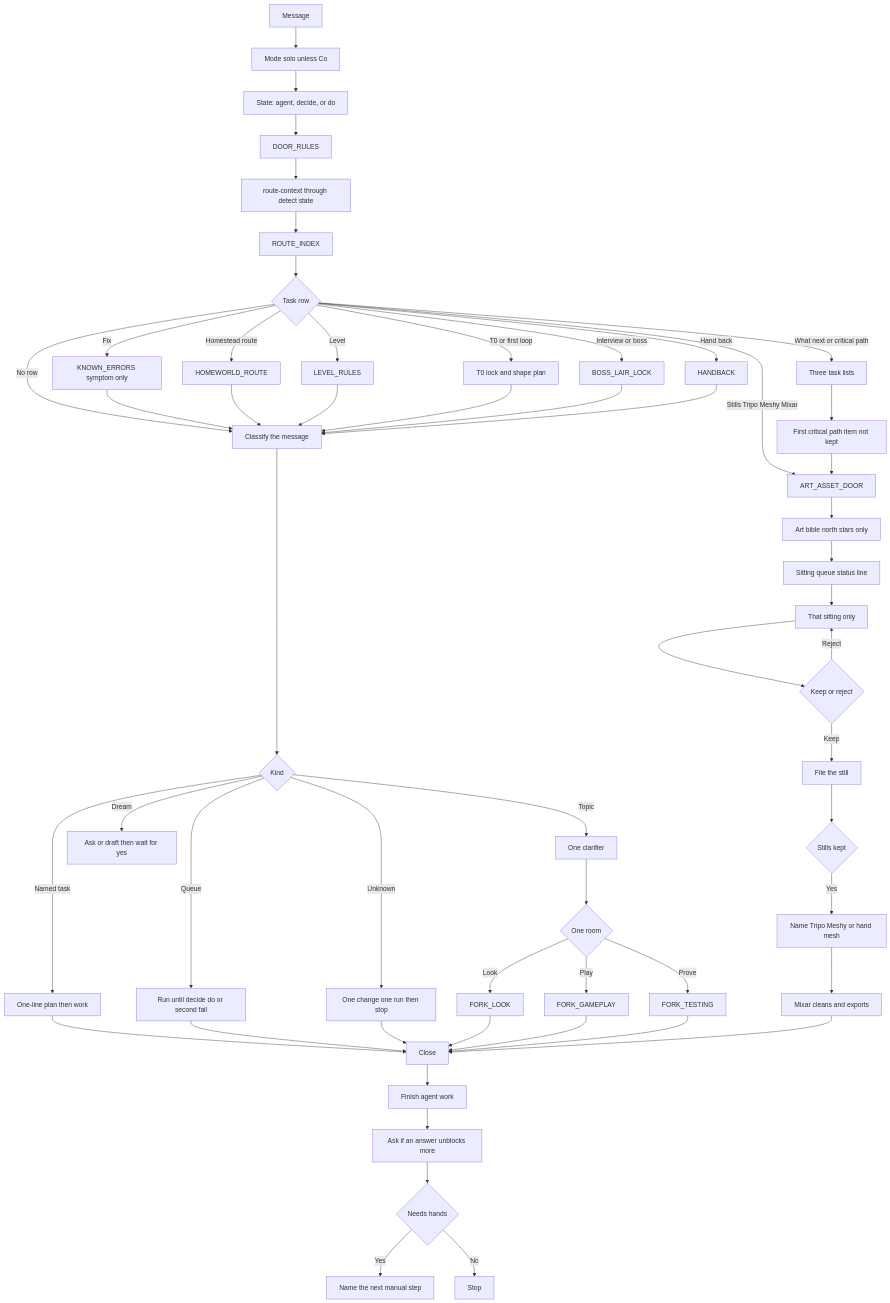
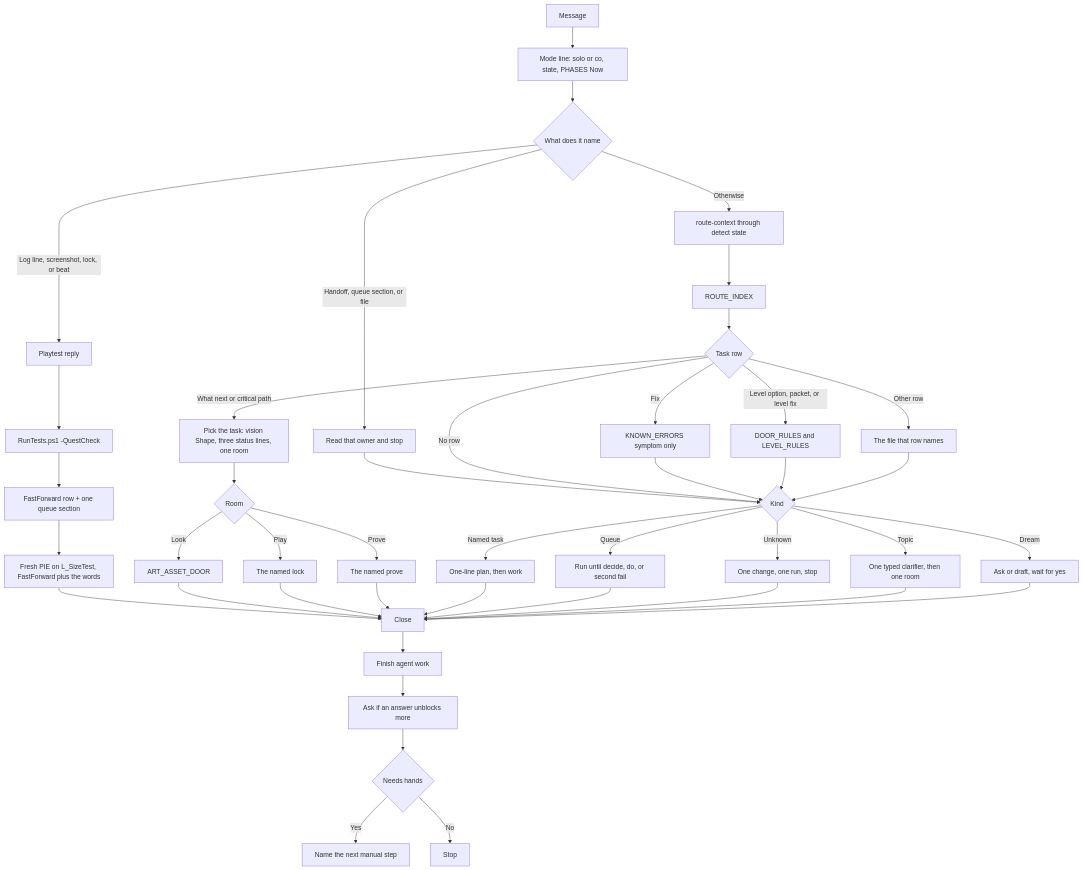
The diagram in Docs/context/SESSION_START_FLOW.md (XylarDark/HomeWorld), drawn with Mermaid before and after one commit. The commit also changed other lines of this file and 10 other files, not shown here.

First line of the commit message:
docs: SESSION_START door fixes + AGENTS Locks block (#322)

````diff
--- a/Docs/context/SESSION_START_FLOW.md
+++ b/Docs/context/SESSION_START_FLOW.md
@@ -5,65 +5,53 @@
 ```mermaid
 flowchart TD
-  startNode[Message] --> modeNode[Mode solo unless Co]
-  modeNode --> stateNode["State: agent, decide, or do"]
-  stateNode --> doorRules[DOOR_RULES]
-  doorRules --> routeContext[route-context through detect state]
+  msg[Message] --> mode["Mode line: solo or co, state, PHASES Now"]
+  mode --> kind0{What does it name}
+
+  kind0 -->|Log line, screenshot, lock, or beat| playtest[Playtest reply]
+  playtest --> questCheck["RunTests.ps1 -QuestCheck"]
+  questCheck --> beat["FastForward row + one queue section"]
+  beat --> pie["Fresh PIE on L_SizeTest, FastForward plus the words"]
+  pie --> closeNode
+
+  kind0 -->|Handoff, queue section, or file| owner[Read that owner and stop]
+  owner --> afterReads
+
+  kind0 -->|Otherwise| routeContext[route-context through detect state]
   routeContext --> routeIndex[ROUTE_INDEX]
-  routeIndex --> taskMatch{Task row}
+  routeIndex --> taskRow{Task row}
+  taskRow -->|What next or critical path| pick[Pick the task: vision Shape, three status lines, one room]
+  taskRow -->|Fix| knownErrors[KNOWN_ERRORS symptom only]
+  taskRow -->|Level option, packet, or level fix| doorRules[DOOR_RULES and LEVEL_RULES]
+  taskRow -->|Other row| rowOwner[The file that row names]
+  taskRow -->|No row| afterReads
 
-  taskMatch -->|What next or critical path| threeLists[Three task lists]
-  taskMatch -->|Stills Tripo Meshy Mixar| artDoor[ART_ASSET_DOOR]
-  taskMatch -->|Fix| knownErrors[KNOWN_ERRORS symptom only]
-  taskMatch -->|Homestead route| homeRoute[HOMEWORLD_ROUTE]
-  taskMatch -->|Level| levelRules[LEVEL_RULES]
-  taskMatch -->|T0 or first loop| t0Lock[T0 lock and shape plan]
-  taskMatch -->|Interview or boss| bossLock[BOSS_LAIR_LOCK]
-  taskMatch -->|Hand back| handback[HANDBACK]
-  taskMatch -->|No row| afterReads[Classify the message]
-
-  threeLists --> nextItem[First critical path item not kept]
-  nextItem --> artDoor
+  pick --> room{Room}
+  room -->|Look| artDoor[ART_ASSET_DOOR]
+  room -->|Play| playLock[The named lock]
+  room -->|Prove| prove[The named prove]
 
   knownErrors --> afterReads
-  homeRoute --> afterReads
-  levelRules --> afterReads
-  t0Lock --> afterReads
-  bossLock --> afterReads
-  handback --> afterReads
+  doorRules --> afterReads
+  rowOwner --> afterReads
+  artDoor --> closeNode
+  playLock --> closeNode
+  prove --> closeNode
 
-  afterReads --> kind{Kind}
-  kind -->|Named task| workNode[One-line plan then work]
-  kind -->|Queue| queueNode[Run until decide do or second fail]
-  kind -->|Unknown| oneRun[One change one run then stop]
-  kind -->|Topic| clarifier[One clarifier]
-  kind -->|Dream| dreamNode[Ask or draft then wait for yes]
+  afterReads{Kind} -->|Named task| work[One-line plan, then work]
+  afterReads -->|Queue| queue[Run until decide, do, or second fail]
+  afterReads -->|Unknown| oneRun[One change, one run, stop]
+  afterReads -->|Topic| clarifier[One typed clarifier, then one room]
+  afterReads -->|Dream| dream[Ask or draft, wait for yes]
 
-  clarifier --> room{One room}
-  room -->|Look| lookCard[FORK_LOOK]
-  room -->|Play| playCard[FORK_GAMEPLAY]
-  room -->|Prove| proveCard[FORK_TESTING]
+  work --> closeNode
+  queue --> closeNode
+  oneRun --> closeNode
+  clarifier --> closeNode
+  dream --> closeNode
 
-  artDoor --> bibleHead[Art bible north stars only]
-  bibleHead --> sittingQueue[Sitting queue status line]
-  sittingQueue --> oneSitting[That sitting only]
-  oneSitting --> keepReject{Keep or reject}
-  keepReject -->|Keep| fileStill[File the still]
-  keepReject -->|Reject| oneSitting
-  fileStill --> meshReady{Stills kept}
-  meshReady -->|Yes| nameTool[Name Tripo Meshy or hand mesh]
-  nameTool --> mixarNode[Mixar cleans and exports]
-
-  workNode --> closeNode[Close]
-  queueNode --> closeNode
-  oneRun --> closeNode
-  lookCard --> closeNode
-  playCard --> closeNode
-  proveCard --> closeNode
-  mixarNode --> closeNode
-
-  closeNode --> drain[Finish agent work]
-  drain --> askNode[Ask if an answer unblocks more]
-  askNode --> humanHands{Needs hands}
-  humanHands -->|Yes| nameStep[Name the next manual step]
-  humanHands -->|No| doneNode[Stop]
+  closeNode[Close] --> drain[Finish agent work]
+  drain --> ask[Ask if an answer unblocks more]
+  ask --> hands{Needs hands}
+  hands -->|Yes| nameStep[Name the next manual step]
+  hands -->|No| done[Stop]
 ```
````
